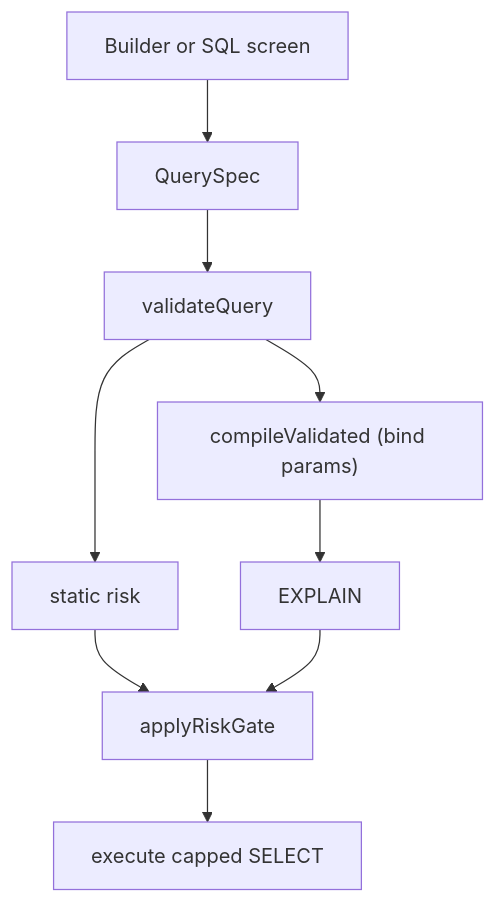
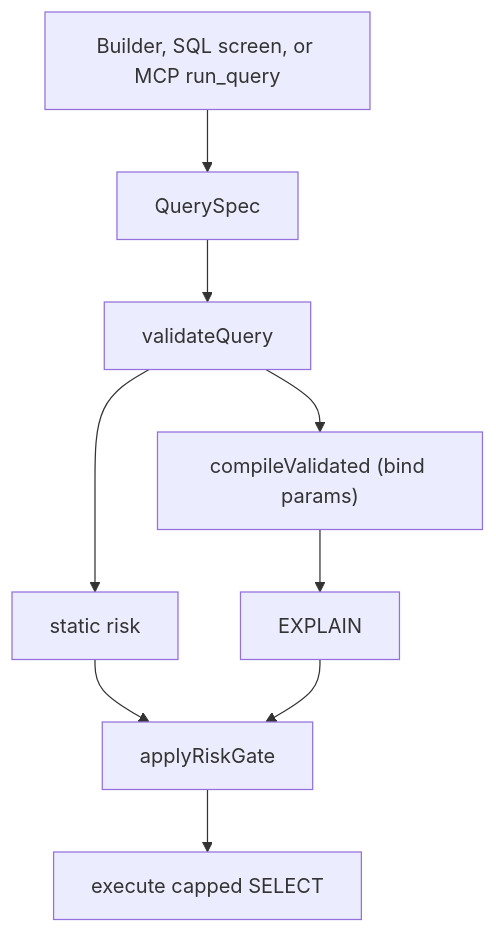
Before and after one commit to COBOL-Kid/safe-db: the diagram in docs/query-engine.md, drawn with Mermaid. The commit also changed other lines of this file and 71 other files, not shown here.

First line of the commit message:
Add stdio MCP server for agent-driven schema inspection and safe queries (#74)

````diff
--- a/docs/query-engine.md
+++ b/docs/query-engine.md
@@ -9,17 +9,17 @@
 ```mermaid
 flowchart TD
-  input[Builder or SQL screen]
+  input[Builder, SQL screen, or MCP run_query]
   spec[QuerySpec]
   validate[validateQuery]
   compile["compileValidated (bind params)"]
   static[static risk]
   explain[EXPLAIN]
   gate[applyRiskGate]
   exec[execute capped SELECT]
   input --> spec --> validate --> compile
   validate --> static
   compile --> explain
   static --> gate
   explain --> gate
   gate --> exec
 ```
````
